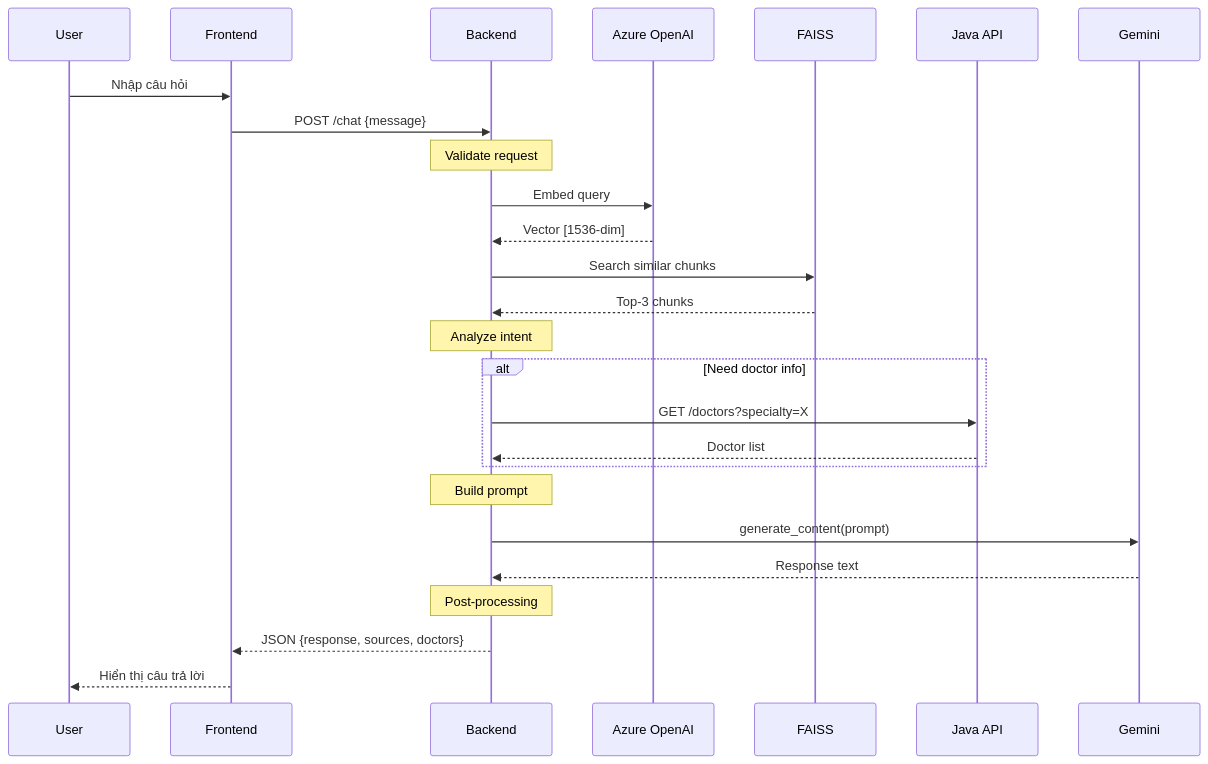
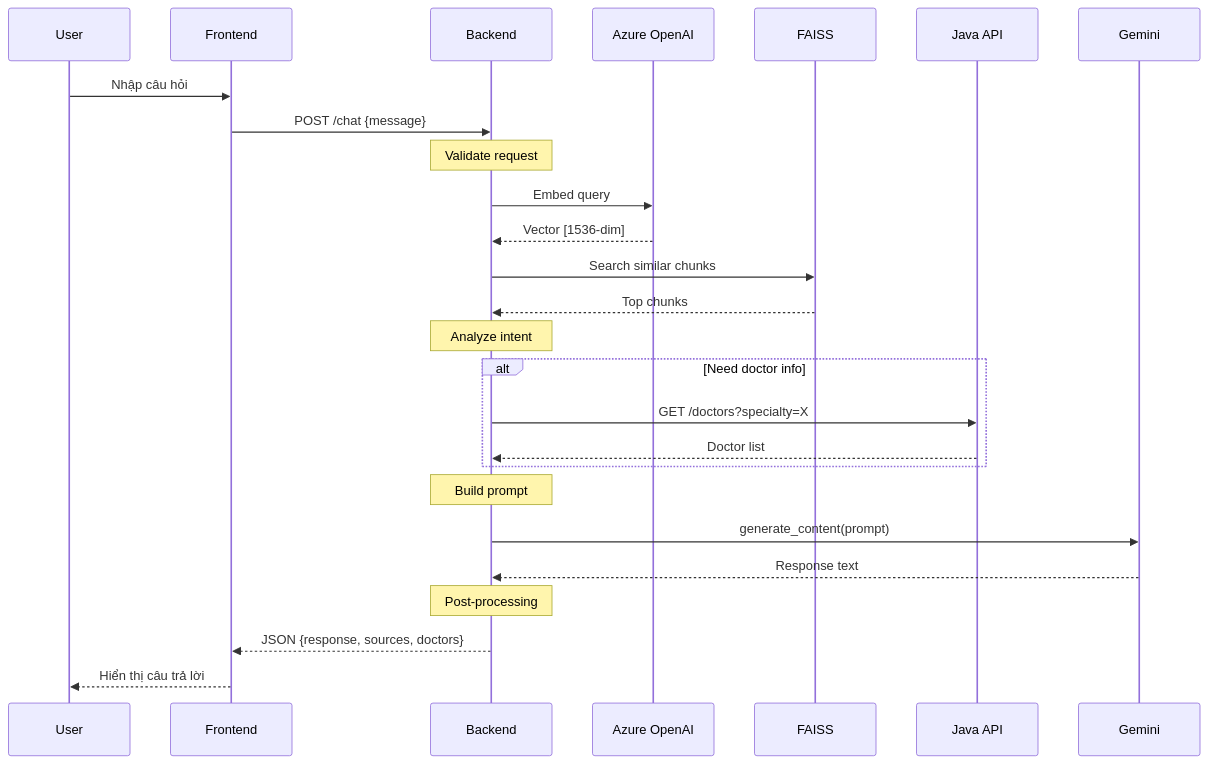
Before and after one commit to damvantu2004/Web: the second of 3 diagrams in 3.2_THIET_KE_VA_TRIEN_KHAI_CHATBOT.md, drawn with Mermaid. The commit also changed other lines of this file, not shown here.

````diff
--- a/3.2_THIET_KE_VA_TRIEN_KHAI_CHATBOT.md
+++ b/3.2_THIET_KE_VA_TRIEN_KHAI_CHATBOT.md
@@ -73,38 +73,38 @@
 ```mermaid
 sequenceDiagram
     participant U as User
     participant F as Frontend
     participant B as Backend
     participant AZ as Azure OpenAI
     participant V as FAISS
     participant J as Java API
     participant G as Gemini
 
     U->>F: Nhập câu hỏi
     F->>B: POST /chat {message}
     
     Note over B: Validate request
     
     B->>AZ: Embed query
     AZ-->>B: Vector [1536-dim]
     
     B->>V: Search similar chunks
-    V-->>B: Top-3 chunks
+    V-->>B: Top chunks
     
     Note over B: Analyze intent
     
     alt Need doctor info
         B->>J: GET /doctors?specialty=X
         J-->>B: Doctor list
     end
     
     Note over B: Build prompt
     
     B->>G: generate_content(prompt)
     G-->>B: Response text
     
     Note over B: Post-processing
     
     B-->>F: JSON {response, sources, doctors}
     F-->>U: Hiển thị câu trả lời
 ```
````
